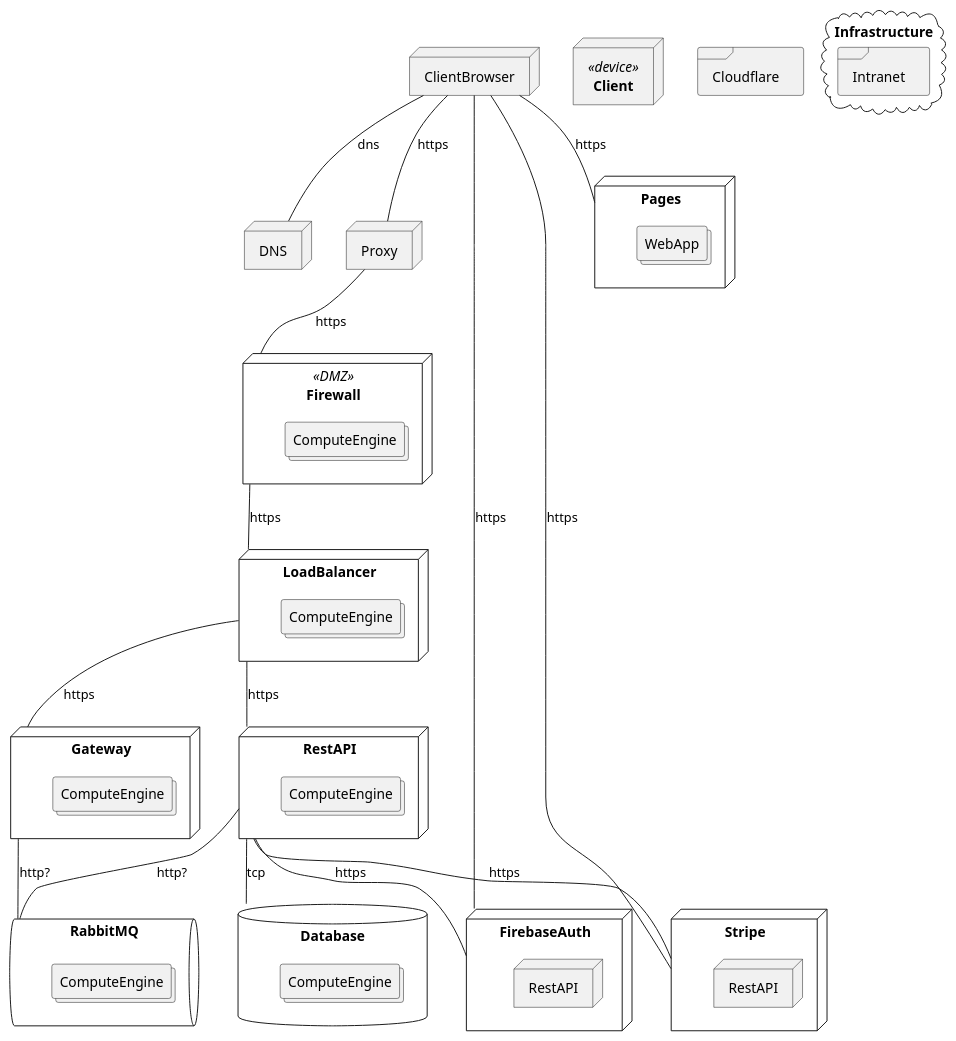
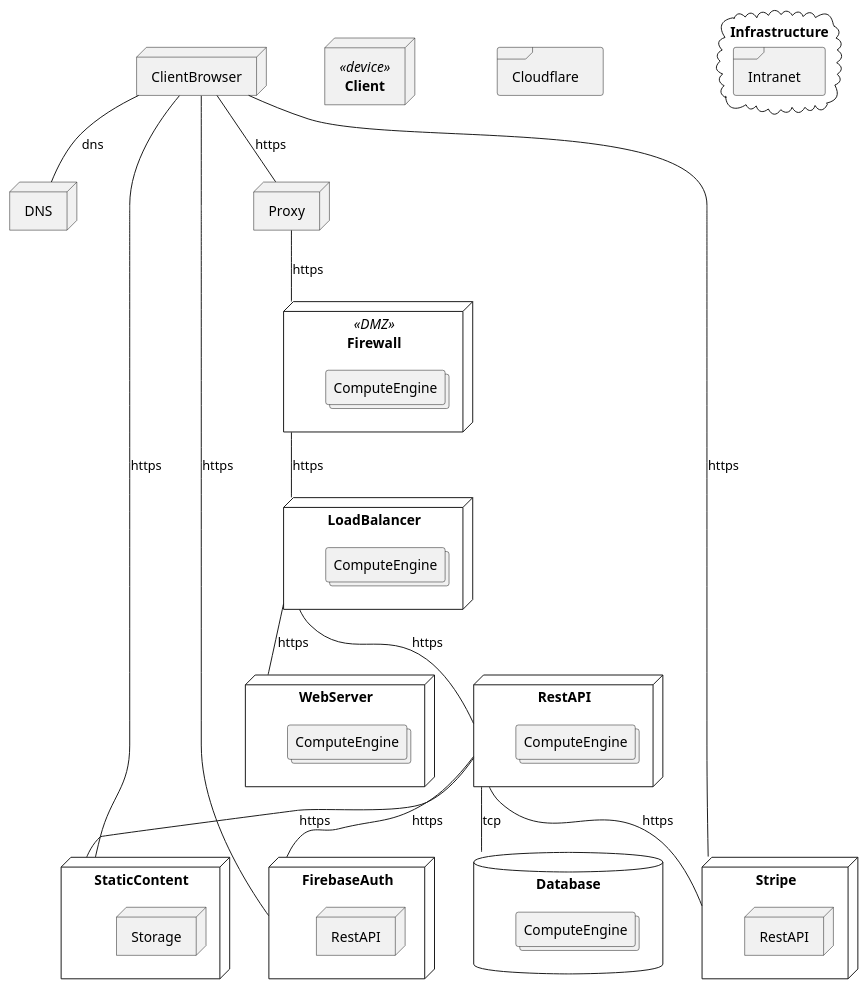
One commit to hivetown/planning changed the diagram in deployment.puml. Above: the diagram before and after it, drawn with PlantUML.

Commit message:
chore: more work on deployment diagram

```diff
--- a/deployment.puml
+++ b/deployment.puml
@@ -1,86 +1,81 @@
 @startuml
 
 ' Client to Infrastructure
+ClientBrowser -- StaticContent : https
 ClientBrowser -- DNS : dns
-ClientBrowser -- Pages : https
 ClientBrowser -- Proxy : https
 ClientBrowser -- FirebaseAuth : https
 ClientBrowser -- Stripe : https
 Proxy -- Firewall : https
 ' Infrastructure comunications
 Firewall -- LoadBalancer : https
 LoadBalancer -- RestAPI : https
-LoadBalancer -- Gateway : https
-RestAPI -- RabbitMQ : http?
-Gateway -- RabbitMQ : http?
+LoadBalancer -- WebServer : https
 ' TODO: Don't really know about this???
 RestAPI -- Database : tcp
 ' Infrastructure to external
 RestAPI -- FirebaseAuth : https
 RestAPI -- Stripe : https
+RestAPI -- StaticContent : https
 
 
 ' A Client of the application's interactions with the system
 node <b>Client</b> <<device>> as Client {
     node <<browser>> as ClientBrowser {
         
     }
 }
 
 cloud Infrastructure {
     node Firewall <<DMZ>> {
         collections ComputeEngine as FirewallCE
     }
 
     frame Intranet {
         node LoadBalancer {
             collections ComputeEngine as LoadBalancerCE
         }
 
         node RestAPI {
             collections ComputeEngine as RestAPICE
         }
 
-        node Gateway {
-            collections ComputeEngine as GatewayCE
-        }
-
-        queue RabbitMQ {
-            collections ComputeEngine as RabbitMQCE
+        node WebServer {
+            collections ComputeEngine as WebServerCE
         }
 
         database Database {
             collections ComputeEngine as DatabaseCE
         }
     }
 }
 
 frame Cloudflare {
     node DNS {
     }
 
     node Proxy {
-    }
-
-    ' We distribute and deliver the WebApp through CloudflarePages
-    node Pages {
-        collections WebApp
     }
 }
 
 ' Our authentication provider
 node FirebaseAuth {
     node RestAPI as FirebaseRestAPI {
 
     }
 }
 
 ' Our banking provider
 node Stripe {
     node RestAPI as StripeRestAPI {
 
     }
 }
 
+node StaticContent {
+    node Storage {
+    }
+}
+
 
 @enduml
```
